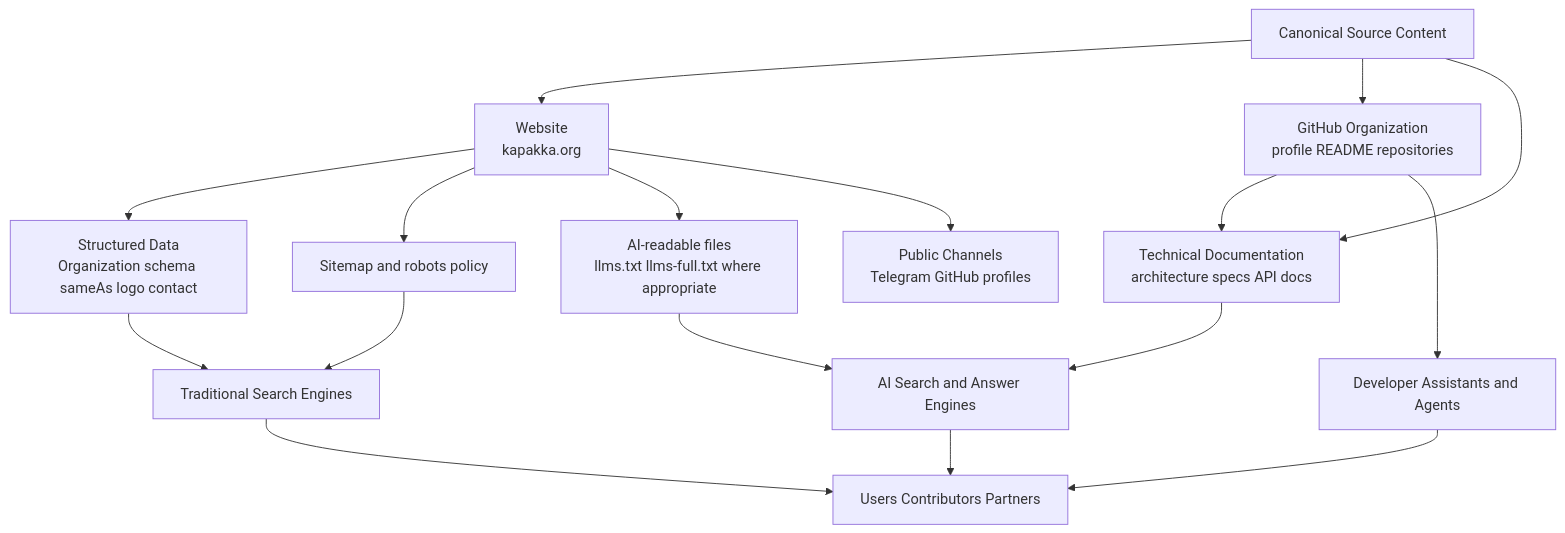
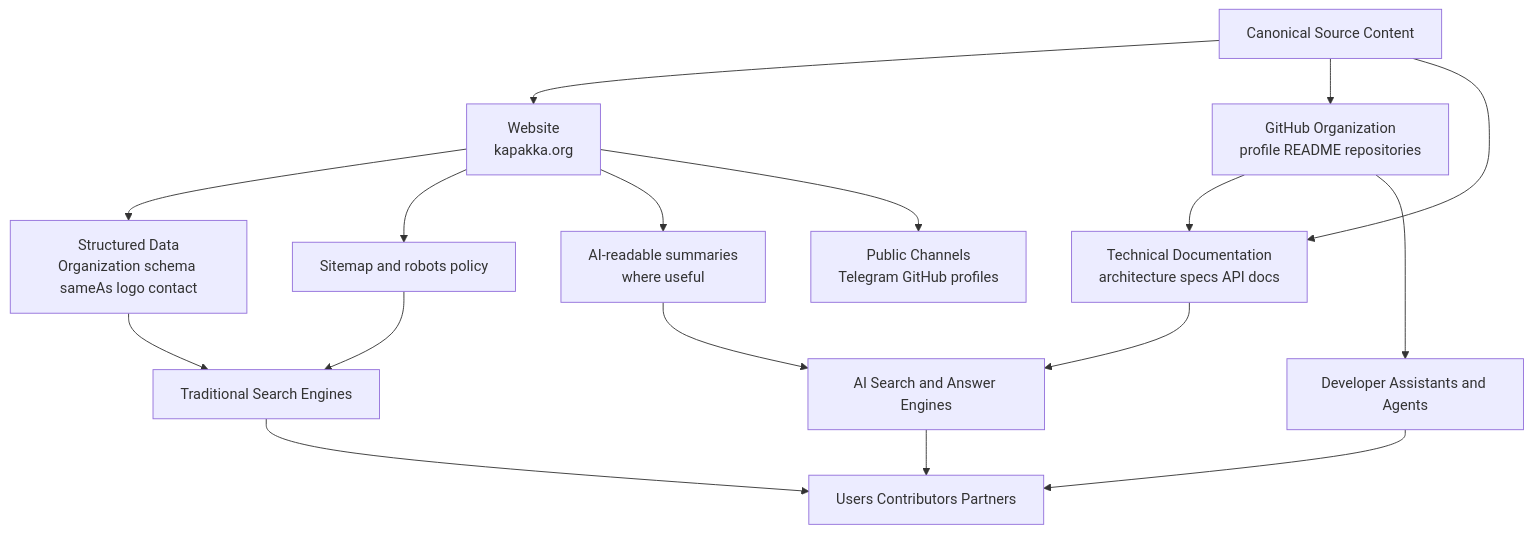
Before and after one commit to AnimusHQ/.github: the second of 2 diagrams in profile/README.md, drawn with Mermaid. The commit also changed other lines of this file, not shown here.

Commit message:
Reduce profile diagrams to essential system models

````diff
--- a/profile/README.md
+++ b/profile/README.md
@@ -244,35 +220,35 @@
 ```mermaid
 flowchart TB
   Source[Canonical Source Content]
 
   Website[Website<br/>kapakka.org]
   GitHub[GitHub Organization<br/>profile README repositories]
   Docs[Technical Documentation<br/>architecture specs API docs]
   Schema[Structured Data<br/>Organization schema sameAs logo contact]
   Sitemap[Sitemap and robots policy]
-  LLMFiles[AI-readable files<br/>llms.txt llms-full.txt where appropriate]
+  LLMFiles[AI-readable summaries<br/>where useful]
   Social[Public Channels<br/>Telegram GitHub profiles]
 
   Search[Traditional Search Engines]
   AISearch[AI Search and Answer Engines]
   Assistants[Developer Assistants and Agents]
   Users[Users Contributors Partners]
 
   Source --> Website
   Source --> GitHub
   Source --> Docs
   Website --> Schema
   Website --> Sitemap
   Website --> LLMFiles
   Website --> Social
   GitHub --> Docs
 
   Schema --> Search
   Sitemap --> Search
   LLMFiles --> AISearch
   Docs --> AISearch
   GitHub --> Assistants
   AISearch --> Users
   Search --> Users
   Assistants --> Users
 ```
````
